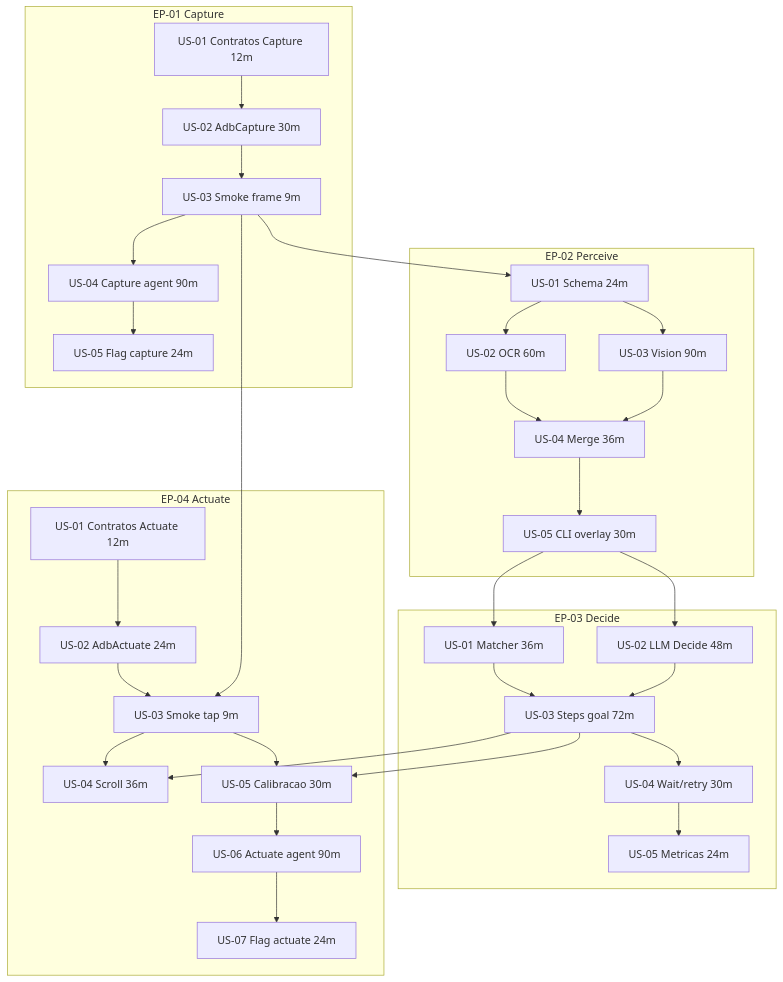
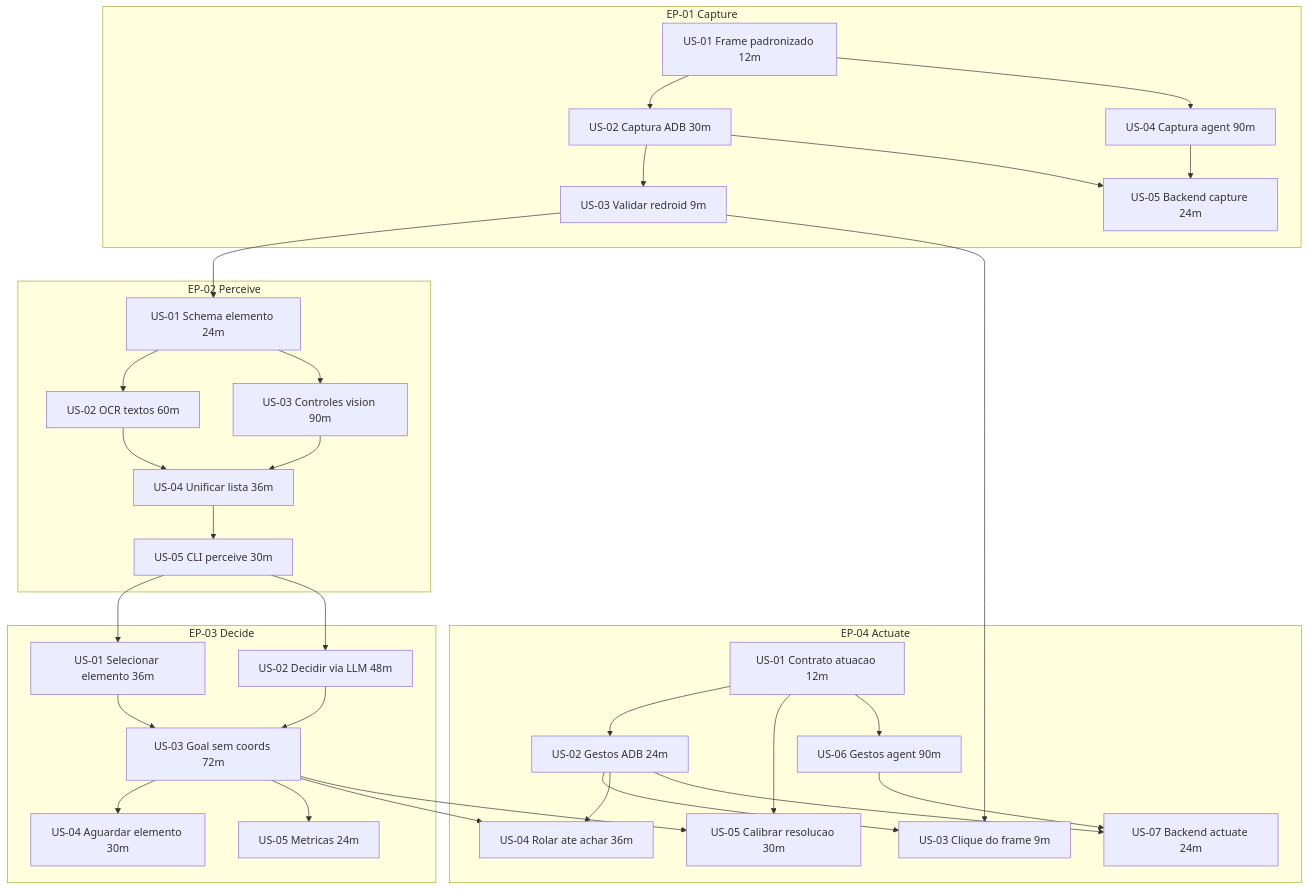
Before and after one commit to laerciogermano/workstation: the first of 2 diagrams in core/tasks/README.md, drawn with Mermaid. The commit also changed other lines of this file and 30 other files, not shown here.

````diff
--- a/core/tasks/README.md
+++ b/core/tasks/README.md
@@ -99,56 +99,62 @@
 ```mermaid
 flowchart TD
   subgraph EP01["EP-01 Capture"]
-    C01[US-01 Contratos Capture 12m]
-    C02[US-02 AdbCapture 30m]
-    C03[US-03 Smoke frame 9m]
-    C04[US-04 Capture agent 90m]
-    C05[US-05 Flag capture 24m]
-    C01 --> C02 --> C03 --> C04 --> C05
+    C01[US-01 Frame padronizado 12m]
+    C02[US-02 Captura ADB 30m]
+    C03[US-03 Validar redroid 9m]
+    C04[US-04 Captura agent 90m]
+    C05[US-05 Backend capture 24m]
+    C01 --> C02 --> C03
+    C01 --> C04
+    C02 --> C05
+    C04 --> C05
   end
 
   subgraph EP02["EP-02 Perceive"]
-    P01[US-01 Schema 24m]
-    P02[US-02 OCR 60m]
-    P03[US-03 Vision 90m]
-    P04[US-04 Merge 36m]
-    P05[US-05 CLI overlay 30m]
+    P01[US-01 Schema elemento 24m]
+    P02[US-02 OCR textos 60m]
+    P03[US-03 Controles vision 90m]
+    P04[US-04 Unificar lista 36m]
+    P05[US-05 CLI perceive 30m]
     P01 --> P02
     P01 --> P03
     P02 --> P04
     P03 --> P04
     P04 --> P05
   end
 
   subgraph EP03["EP-03 Decide"]
-    D01[US-01 Matcher 36m]
-    D02[US-02 LLM Decide 48m]
-    D03[US-03 Steps goal 72m]
-    D04[US-04 Wait/retry 30m]
+    D01[US-01 Selecionar elemento 36m]
+    D02[US-02 Decidir via LLM 48m]
+    D03[US-03 Goal sem coords 72m]
+    D04[US-04 Aguardar elemento 30m]
     D05[US-05 Metricas 24m]
     D01 --> D03
     D02 --> D03
-    D03 --> D04 --> D05
+    D03 --> D04
+    D03 --> D05
   end
 
   subgraph EP04["EP-04 Actuate"]
-    A01[US-01 Contratos Actuate 12m]
-    A02[US-02 AdbActuate 24m]
-    A03[US-03 Smoke tap 9m]
-    A04[US-04 Scroll 36m]
-    A05[US-05 Calibracao 30m]
-    A06[US-06 Actuate agent 90m]
-    A07[US-07 Flag actuate 24m]
+    A01[US-01 Contrato atuacao 12m]
+    A02[US-02 Gestos ADB 24m]
+    A03[US-03 Clique do frame 9m]
+    A04[US-04 Rolar ate achar 36m]
+    A05[US-05 Calibrar resolucao 30m]
+    A06[US-06 Gestos agent 90m]
+    A07[US-07 Backend actuate 24m]
     A01 --> A02 --> A03
-    A03 --> A04
-    A03 --> A05
-    A05 --> A06 --> A07
+    A02 --> A04
+    A01 --> A05
+    A01 --> A06
+    A02 --> A07
+    A06 --> A07
   end
 
   C03 --> P01
   C03 --> A03
   P05 --> D01
   P05 --> D02
   D03 --> A04
   D03 --> A05
 ```
````
